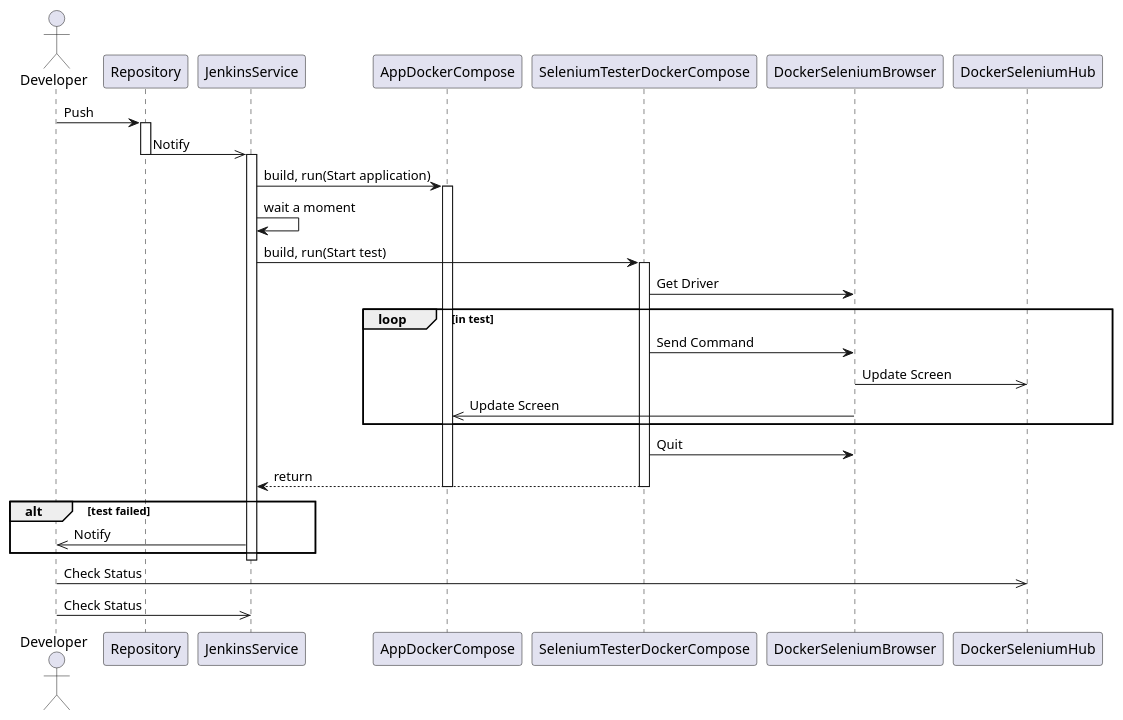
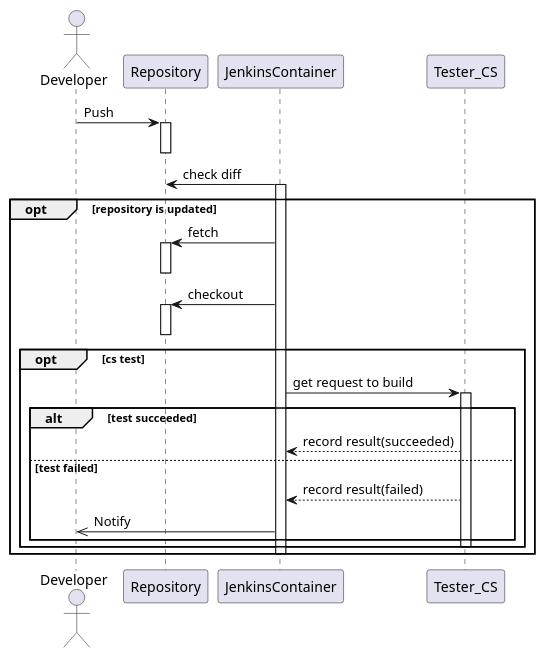
Before and after one commit to azarashin/SeleniumTestEnvironment: the diagram in design/sequence.pu, drawn with PlantUML. The commit also changed 2 other files, not shown here.

Commit message:
updated diagrams.

```diff
--- a/design/sequence.pu
+++ b/design/sequence.pu
@@ -1,33 +1,39 @@
 @startuml
 
 actor Developer
 
 Developer -> Repository : Push
 activate Repository
-Repository ->> JenkinsService : Notify
 deactivate Repository
-activate JenkinsService
 
-JenkinsService -> AppDockerCompose : build, run(Start application)
-activate AppDockerCompose
-JenkinsService -> JenkinsService : wait a moment
-JenkinsService -> SeleniumTesterDockerCompose : build, run(Start test)
+JenkinsContainer -> Repository : check diff
+opt repository is updated
+    activate JenkinsContainer
 
-activate SeleniumTesterDockerCompose
-SeleniumTesterDockerCompose -> DockerSeleniumBrowser : Get Driver
-loop in test
-    SeleniumTesterDockerCompose -> DockerSeleniumBrowser : Send Command
-    DockerSeleniumBrowser ->> DockerSeleniumHub: Update Screen
-    DockerSeleniumBrowser ->> AppDockerCompose: Update Screen
+        JenkinsContainer -> Repository : fetch
+        activate Repository
+        deactivate Repository
+        JenkinsContainer -> Repository : checkout
+        activate Repository
+        deactivate Repository
+
+        opt cs test
+
+            JenkinsContainer -> Tester_CS : get request to build
+            activate Tester_CS
+                alt test succeeded
+                    Tester_CS --> JenkinsContainer : record result(succeeded)
+                else test failed
+                    Tester_CS --> JenkinsContainer : record result(failed)
+                    JenkinsContainer ->> Developer : Notify
+                end
+            deactivate Tester_CS
+
+        end
+
+    deactivate JenkinsContainer
+
+
 end
-SeleniumTesterDockerCompose -> DockerSeleniumBrowser : Quit
-SeleniumTesterDockerCompose --> JenkinsService : return
-deactivate SeleniumTesterDockerCompose
-deactivate AppDockerCompose
-alt test failed 
-JenkinsService ->> Developer : Notify
-end
-deactivate JenkinsService
-Developer ->> DockerSeleniumHub : Check Status
-Developer ->> JenkinsService : Check Status
+
 @enduml
```
